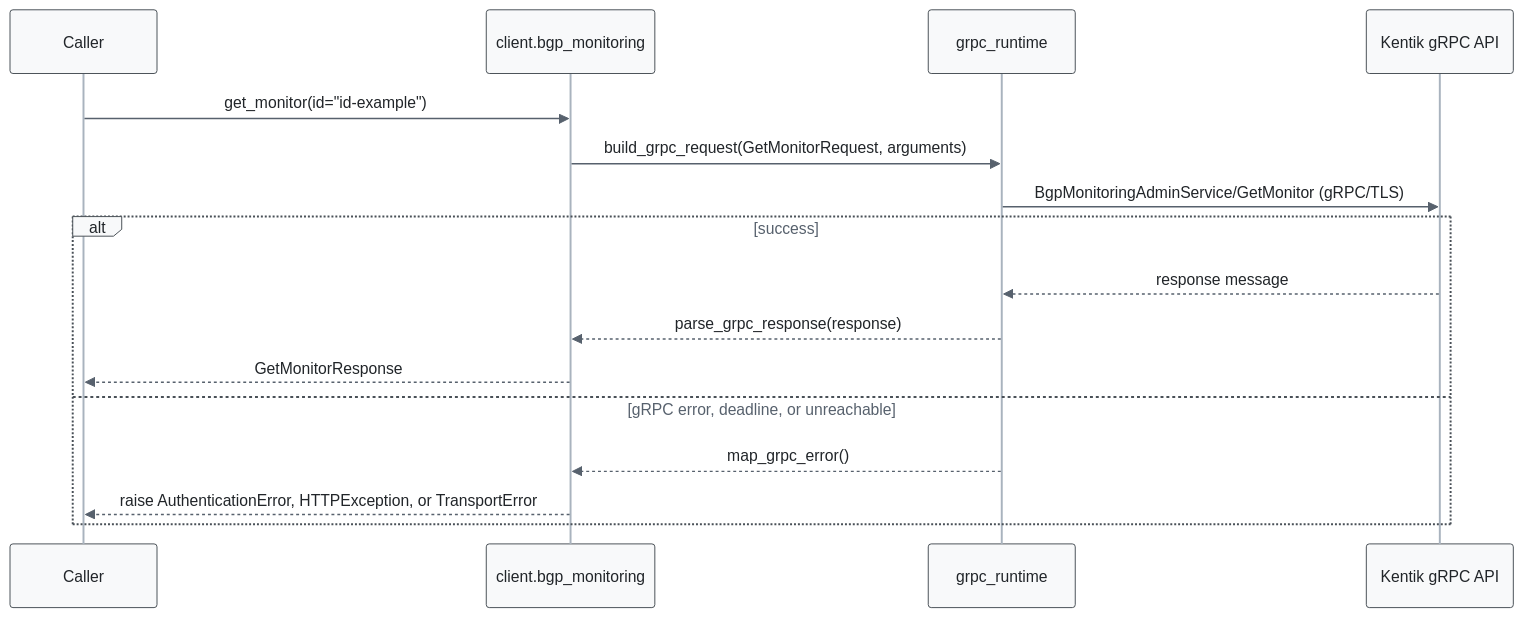
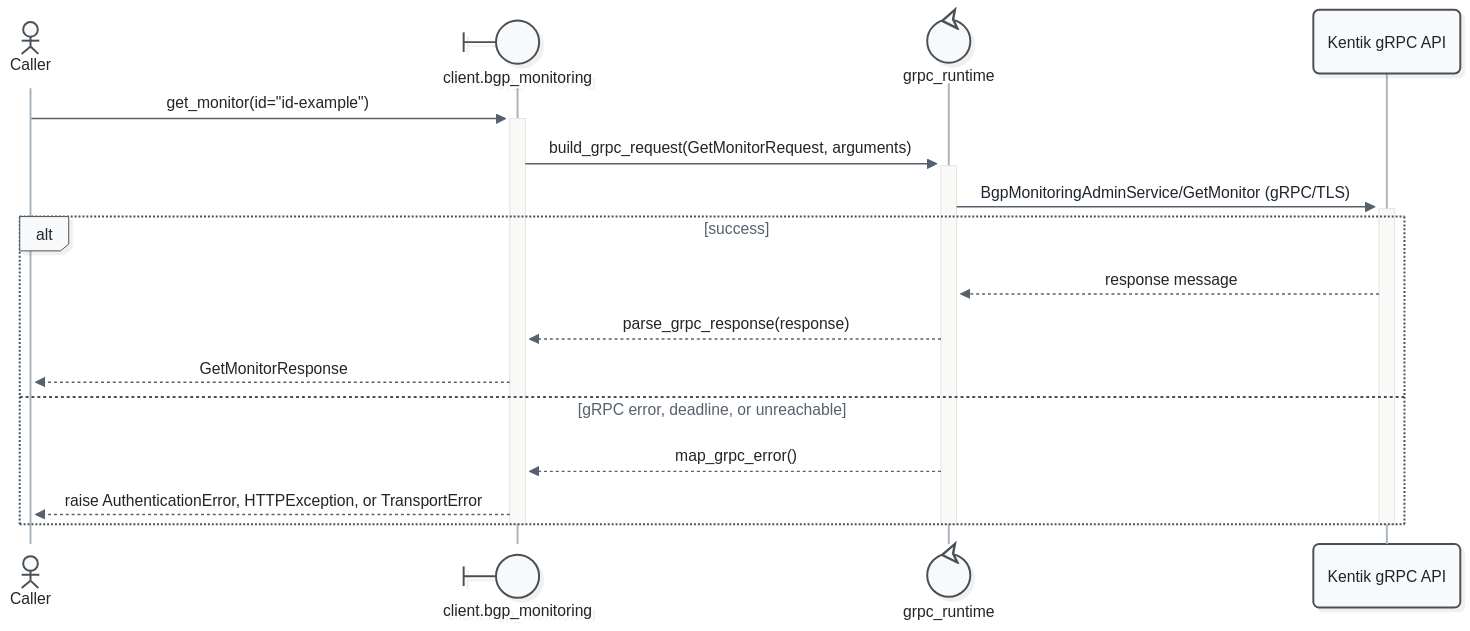
The tenth of 17 diagrams in docs/sphinx/services/bgp_monitoring.md (alexdearaujo/community_sdk_python), drawn with Mermaid before and after one commit. The commit also changed other lines of this file and 52 other files, not shown here.

First line of the commit message:
docs: Mermaid 12 sequence diagrams with participant types and path colors

````diff
--- a/docs/sphinx/services/bgp_monitoring.md
+++ b/docs/sphinx/services/bgp_monitoring.md
@@ -364,20 +386,23 @@
 ```mermaid
-%%{init: {"theme": "base", "fontFamily": "ui-monospace, SFMono-Regular, Menlo, monospace", "themeVariables": {"fontFamily": "ui-monospace, SFMono-Regular, Menlo, monospace", "primaryColor": "#f8f9fa", "primaryBorderColor": "#495057", "primaryTextColor": "#212529", "textColor": "#212529", "lineColor": "#77818c", "edgeLabelBackground": "#ffffff", "actorBkg": "#f8f9fa", "actorBorder": "#495057", "actorTextColor": "#212529", "actorLineColor": "#a9b3be", "signalColor": "#57616d", "signalTextColor": "#212529", "labelBoxBkgColor": "#f8f9fa", "labelBoxBorderColor": "#495057", "labelTextColor": "#212529", "loopTextColor": "#57616d", "noteBkgColor": "#fff9db", "noteBorderColor": "#f08c00", "noteTextColor": "#a35a00"}, "flowchart": {"curve": "step", "nodeSpacing": 30, "rankSpacing": 70, "wrappingWidth": 400}}}%%
+%%{init: {"theme": "redux", "look": "neo", "layout": "dagre", "fontFamily": "ui-monospace, SFMono-Regular, Menlo, monospace", "themeVariables": {"fontFamily": "ui-monospace, SFMono-Regular, Menlo, monospace", "primaryColor": "#f8f9fa", "primaryBorderColor": "#495057", "primaryTextColor": "#212529", "textColor": "#212529", "lineColor": "#77818c", "edgeLabelBackground": "#ffffff", "actorBkg": "#f8f9fa", "actorBorder": "#495057", "actorTextColor": "#212529", "actorLineColor": "#a9b3be", "signalColor": "#57616d", "signalTextColor": "#212529", "labelBoxBkgColor": "#f8f9fa", "labelBoxBorderColor": "#495057", "labelTextColor": "#212529", "loopTextColor": "#57616d", "noteBkgColor": "#fff9db", "noteBorderColor": "#f08c00", "noteTextColor": "#a35a00"}, "sequence": {"activationWidth": 16}, "flowchart": {"curve": "step", "nodeSpacing": 30, "rankSpacing": 70, "wrappingWidth": 400}}}%%
 sequenceDiagram
-    participant C as Caller
-    participant W as client.bgp_monitoring
-    participant R as grpc_runtime
+    actor C as Caller
+    participant W@{ "type": "boundary" } as client.bgp_monitoring
+    participant R@{ "type": "control" } as grpc_runtime
     participant API as Kentik gRPC API
 
-    C->>W: get_monitor(id="id-example")
-    W->>R: build_grpc_request(GetMonitorRequest, arguments)
-    R->>API: BgpMonitoringAdminService/GetMonitor (gRPC/TLS)
+    C->>+W: get_monitor(id="id-example")
+    W->>+R: build_grpc_request(GetMonitorRequest, arguments)
+    R->>+API: BgpMonitoringAdminService/GetMonitor (gRPC/TLS)
     alt success
         API-->>R: response message
         R-->>W: parse_grpc_response(response)
         W-->>C: GetMonitorResponse
     else gRPC error, deadline, or unreachable
         R-->>W: map_grpc_error()
         W-->>C: raise AuthenticationError, HTTPException, or TransportError
     end
+    deactivate API
+    deactivate R
+    deactivate W
 ```
````
